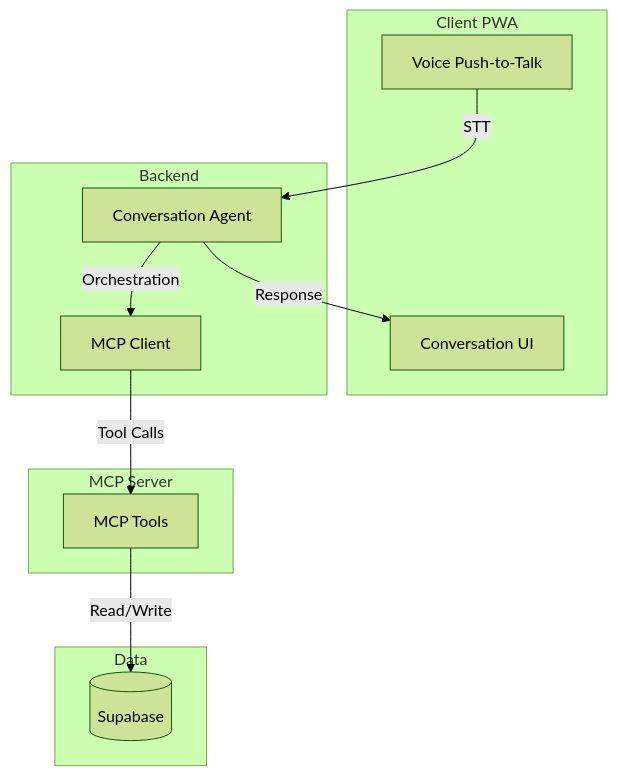
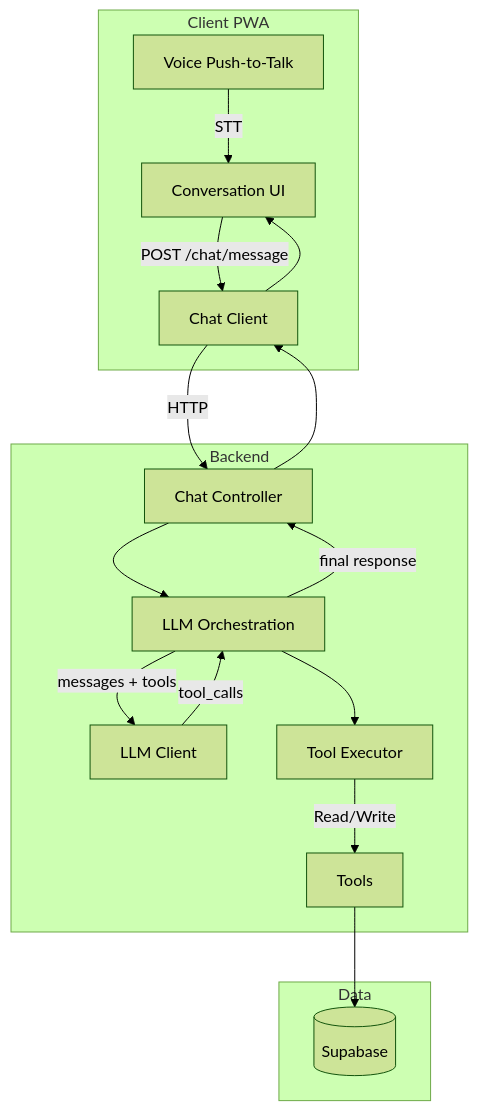
One commit to plamarque/horain changed the diagram in docs/ARCH.md. Above: the diagram before and after it, drawn with Mermaid (forest theme). The commit also changed other lines of this file and 31 other files, not shown here.

First line of the commit message:
feat: LLM tool-calling orchestration and conversation history

````diff
--- a/docs/ARCH.md
+++ b/docs/ARCH.md
@@ -9,26 +9,33 @@
 ```mermaid
 flowchart TB
     subgraph client [Client PWA]
         Voice[Voice Push-to-Talk]
         UI[Conversation UI]
+        ChatClient[Chat Client]
     end
     
     subgraph backend [Backend]
-        Agent[Conversation Agent]
-        MCPClient[MCP Client]
-    end
-    
-    subgraph mcp [MCP Server]
-        Tools[MCP Tools]
+        ChatCtrl[Chat Controller]
+        LlmSvc[LLM Orchestration]
+        LlmClient[LLM Client]
+        ToolExec[Tool Executor]
+        Tools[Tools]
     end
     
     subgraph data [Data]
         Supabase[(Supabase)]
     end
     
-    Voice -->|STT| Agent
-    Agent -->|Orchestration| MCPClient
-    MCPClient -->|Tool Calls| Tools
-    Tools -->|Read/Write| Supabase
-    Agent -->|Response| UI
+    Voice -->|STT| UI
+    UI -->|POST /chat/message| ChatClient
+    ChatClient -->|HTTP| ChatCtrl
+    ChatCtrl --> LlmSvc
+    LlmSvc -->|messages + tools| LlmClient
+    LlmClient -->|tool_calls| LlmSvc
+    LlmSvc --> ToolExec
+    ToolExec -->|Read/Write| Tools
+    Tools --> Supabase
+    LlmSvc -->|final response| ChatCtrl
+    ChatCtrl --> ChatClient
+    ChatClient --> UI
 ```
````
